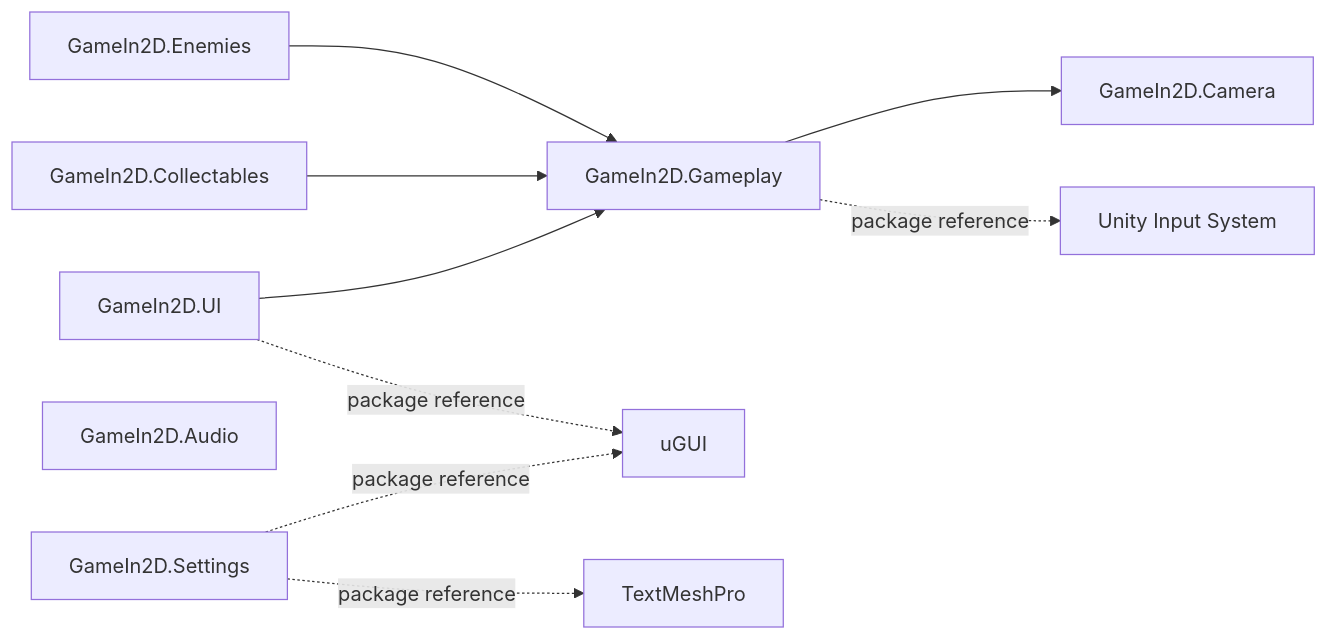
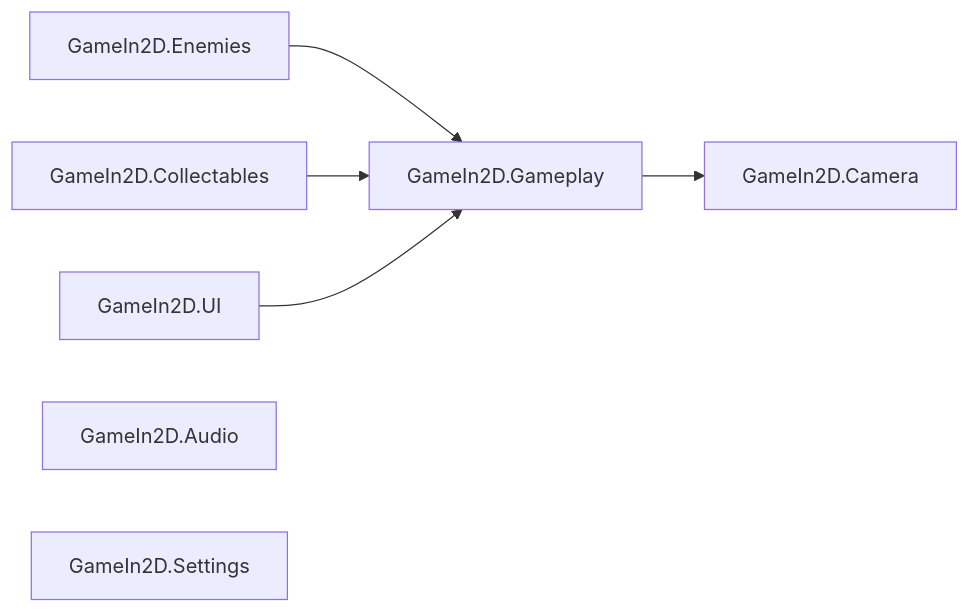
The diagram in README.md (EmilianoBazanZapata/JorgeElReyJusticiero), drawn with Mermaid before and after one commit. The commit also changed other lines of this file and 1 other file, not shown here.

````diff
--- a/README.md
+++ b/README.md
@@ -60,15 +63,10 @@
 ```mermaid
 flowchart LR
     Enemies[GameIn2D.Enemies] --> Gameplay[GameIn2D.Gameplay]
     Collectables[GameIn2D.Collectables] --> Gameplay
     UI[GameIn2D.UI] --> Gameplay
     Gameplay --> Camera[GameIn2D.Camera]
 
     Audio[GameIn2D.Audio]
     Settings[GameIn2D.Settings]
-
-    Gameplay -. package reference .-> InputSystem[Unity Input System]
-    UI -. package reference .-> UGUI[uGUI]
-    Settings -. package reference .-> UGUI
-    Settings -. package reference .-> TMP[TextMeshPro]
 ```
````
